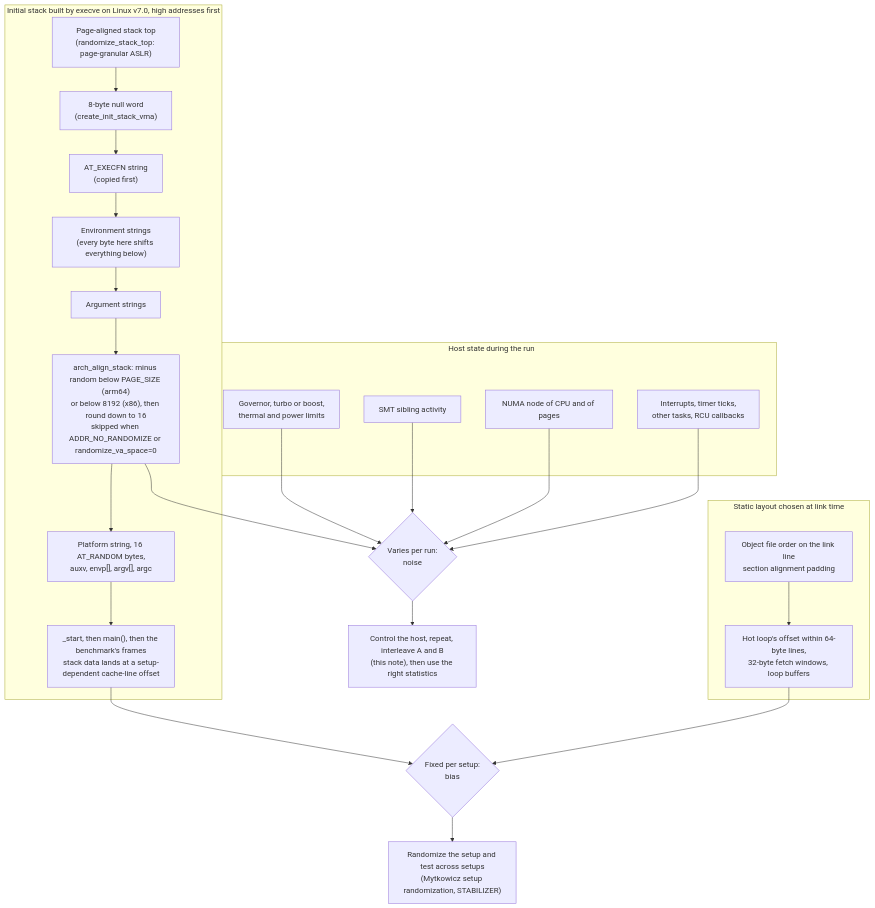
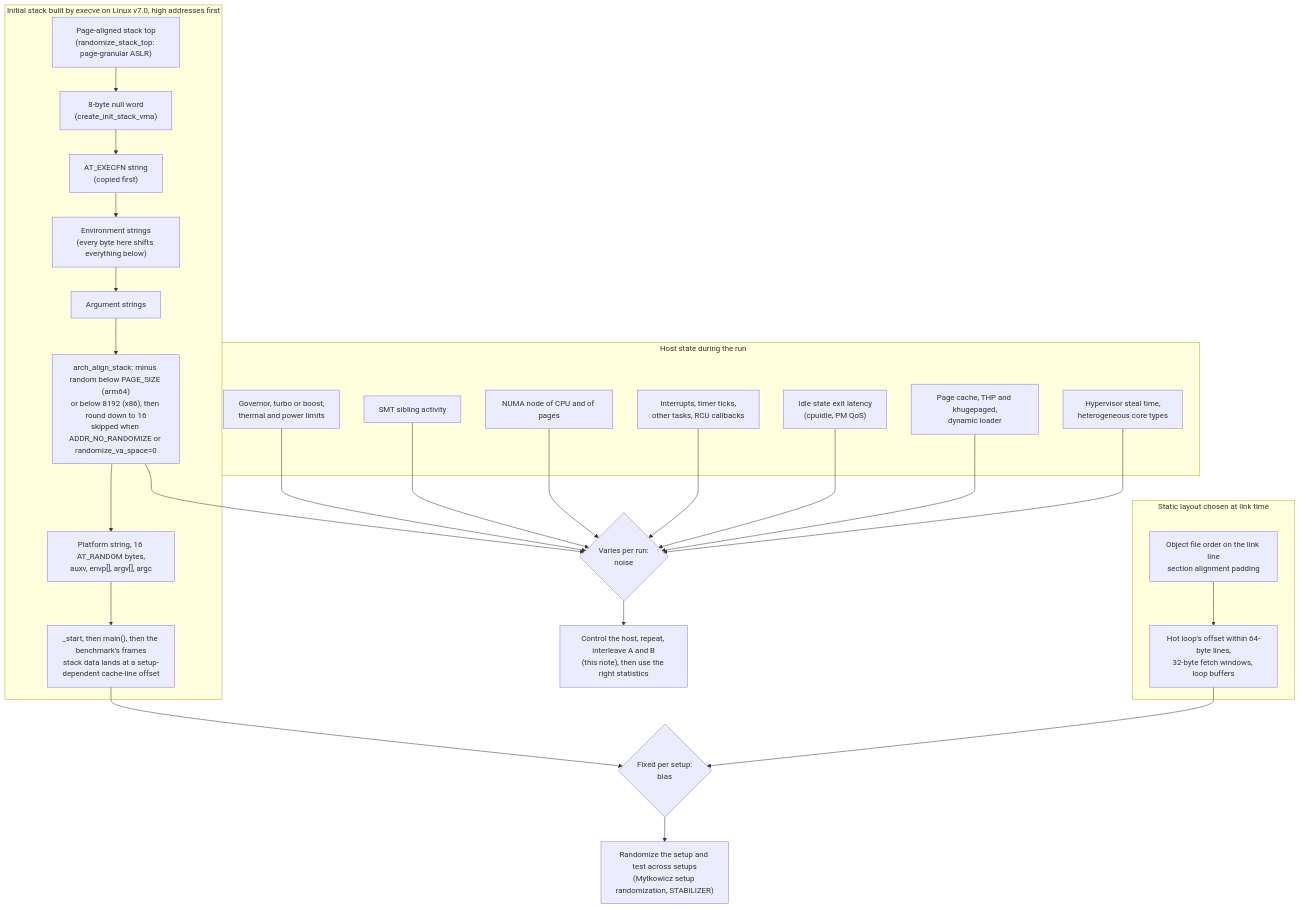
Before and after one commit to shreejitverma/The-Distinguished-Engineer: the diagram in 18-Developer-Toolchain/04-Measurement-Methodology/Benchmark-Methodology-Noise-and-Environment-Control.md, drawn with Mermaid. The commit also changed other lines of this file and 8 other files, not shown here.

````diff
--- a/18-Developer-Toolchain/04-Measurement-Methodology/Benchmark-Methodology-Noise-and-Environment-Control.md
+++ b/18-Developer-Toolchain/04-Measurement-Methodology/Benchmark-Methodology-Noise-and-Environment-Control.md
@@ -46,37 +64,43 @@
 ```mermaid
 flowchart TD
     subgraph EXEC["Initial stack built by execve on Linux v7.0, high addresses first"]
         TOP["Page-aligned stack top<br/>(randomize_stack_top: page-granular ASLR)"]
         NUL["8-byte null word<br/>(create_init_stack_vma)"]
         FN["AT_EXECFN string<br/>(copied first)"]
         ENV["Environment strings<br/>(every byte here shifts everything below)"]
         ARGS["Argument strings"]
         RND["arch_align_stack: minus random below PAGE_SIZE (arm64)<br/>or below 8192 (x86), then round down to 16<br/>skipped when ADDR_NO_RANDOMIZE or randomize_va_space=0"]
         AUX["Platform string, 16 AT_RANDOM bytes,<br/>auxv, envp[], argv[], argc"]
         MAIN["_start, then main(), then the benchmark's frames<br/>stack data lands at a setup-dependent cache-line offset"]
         TOP --> NUL --> FN --> ENV --> ARGS --> RND --> AUX --> MAIN
     end
 
     subgraph LINK["Static layout chosen at link time"]
         ORD["Object file order on the link line<br/>section alignment padding"]
         CODE["Hot loop's offset within 64-byte lines,<br/>32-byte fetch windows, loop buffers"]
         ORD --> CODE
     end
 
     subgraph HOST["Host state during the run"]
         FREQ["Governor, turbo or boost,<br/>thermal and power limits"]
         SMT["SMT sibling activity"]
         NUMA["NUMA node of CPU and of pages"]
         IRQ["Interrupts, timer ticks,<br/>other tasks, RCU callbacks"]
+        IDLE["Idle state exit latency<br/>(cpuidle, PM QoS)"]
+        MEM["Page cache, THP and khugepaged,<br/>dynamic loader"]
+        VM["Hypervisor steal time,<br/>heterogeneous core types"]
     end
 
     MAIN --> BIAS{"Fixed per setup:<br/>bias"}
     CODE --> BIAS
     RND --> NOISE{"Varies per run:<br/>noise"}
     FREQ --> NOISE
     SMT --> NOISE
     NUMA --> NOISE
     IRQ --> NOISE
+    IDLE --> NOISE
+    MEM --> NOISE
+    VM --> NOISE
     BIAS --> FIXB["Randomize the setup and test across setups<br/>(Mytkowicz setup randomization, STABILIZER)"]
     NOISE --> FIXN["Control the host, repeat, interleave A and B<br/>(this note), then use the right statistics"]
 ```
````
